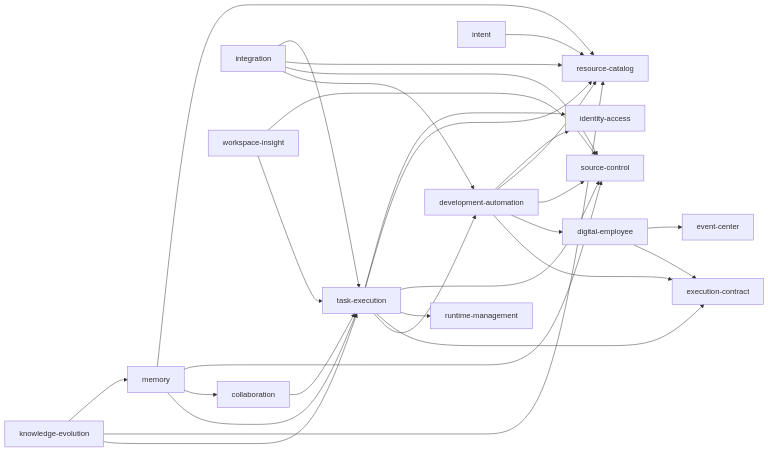
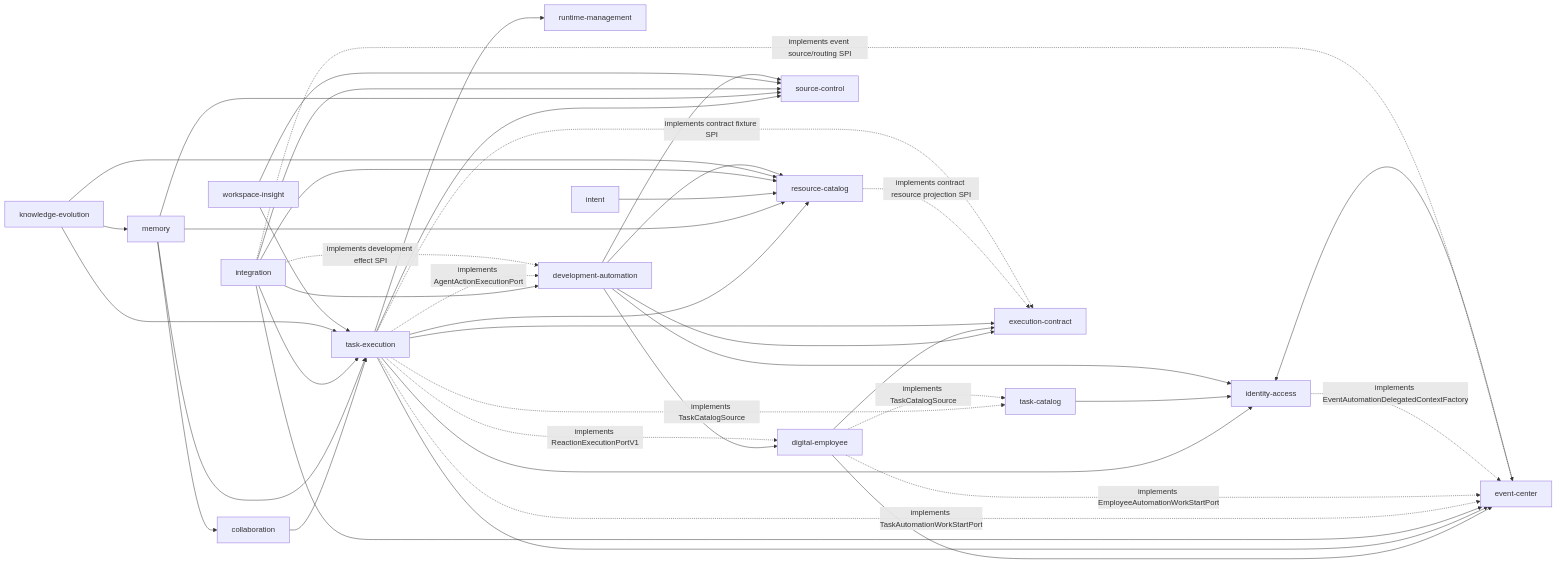
The second of 2 diagrams in design/RFC-294-backend-layered-target-architecture/design.md (wangbinquan/agent-workflow), drawn with Mermaid before and after one commit. The commit also changed other lines of this file and 4 other files, not shown here.

````diff
--- a/design/RFC-294-backend-layered-target-architecture/design.md
+++ b/design/RFC-294-backend-layered-target-architecture/design.md
@@ -235,31 +279,45 @@
 ```mermaid
 flowchart LR
   TE["task-execution"] --> IA["identity-access"]
   TE --> RC["resource-catalog"]
   TE --> SC["source-control"]
   TE --> RM["runtime-management"]
+  TC["task-catalog"] --> IA
   COL["collaboration"] --> TE
   MEM["memory"] --> RC
   MEM --> SC
   MEM --> COL
   MEM --> TE
   INTENT["intent"] --> RC
   INTEG["integration"] --> TE
   INTEG --> RC
   INTEG --> SC
   KE["knowledge-evolution"] --> MEM
   KE --> RC
   KE --> TE
   WI["workspace-insight"] --> SC
   WI --> TE
   DA["development-automation"] --> IA
   DA --> RC
   DA --> SC
   DA --> DE["digital-employee"]
   DA --> XC["execution-contract"]
   DE --> EC["event-center"]
   DE --> XC
+  TE --> EC
+  EC --> IA
   TE --> XC
-  TE --> DA
+  INTEG --> EC
   INTEG --> DA
+  TE -. "implements AgentActionExecutionPort" .-> DA
+  TE -. "implements ReactionExecutionPortV1" .-> DE
+  INTEG -. "implements development effect SPI" .-> DA
+  TE -. "implements TaskCatalogSource" .-> TC
+  DE -. "implements TaskCatalogSource" .-> TC
+  TE -. "implements TaskAutomationWorkStartPort" .-> EC
+  DE -. "implements EmployeeAutomationWorkStartPort" .-> EC
+  IA -. "implements EventAutomationDelegatedContextFactory" .-> EC
+  INTEG -. "implements event source/routing SPI" .-> EC
+  RC -. "implements contract resource projection SPI" .-> XC
+  TE -. "implements contract fixture SPI" .-> XC
 ```
````
